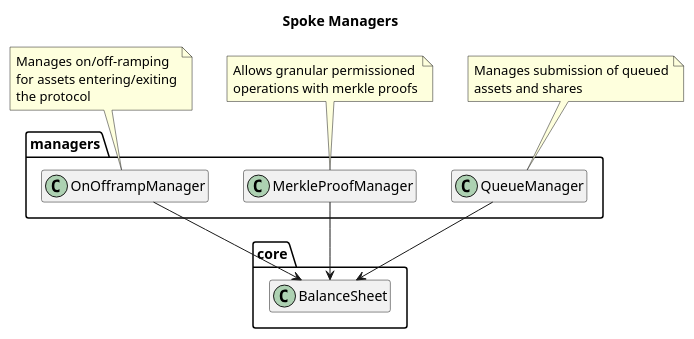
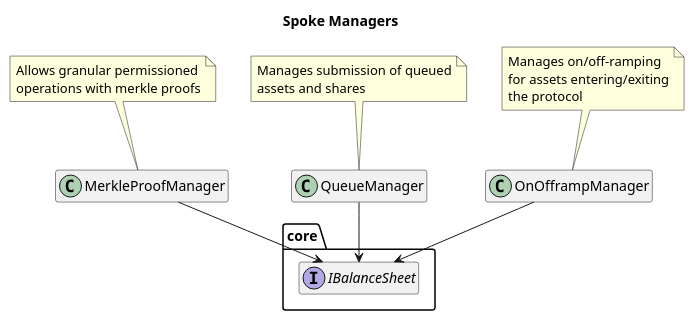
One commit to centrifuge/protocol changed the diagram in docs/architecture/managers/spoke-managers.puml. Above: the diagram before and after it, drawn with PlantUML. The commit also changed 3 other files, not shown here.

```diff
--- a/docs/architecture/managers/spoke-managers.puml
+++ b/docs/architecture/managers/spoke-managers.puml
@@ -1,35 +1,29 @@
 @startuml spoke-managers
 title Spoke Managers
 hide empty members
 
 package core {
-    class BalanceSheet
+    interface IBalanceSheet
 }
 
-package managers {
-    class OnOfframpManager
-    class MerkleProofManager
-    class QueueManager
-}
-
-OnOfframpManager --> BalanceSheet
-MerkleProofManager --> BalanceSheet
-QueueManager --> BalanceSheet
+OnOfframpManager --> IBalanceSheet
+MerkleProofManager --> IBalanceSheet
+QueueManager --> IBalanceSheet
 
 note top of OnOfframpManager
   Manages on/off-ramping
   for assets entering/exiting
   the protocol
 end note
 
 note top of MerkleProofManager
   Allows granular permissioned
   operations with merkle proofs
 end note
 
 note top of QueueManager
   Manages submission of queued
   assets and shares
 end note
 
 @enduml
```
